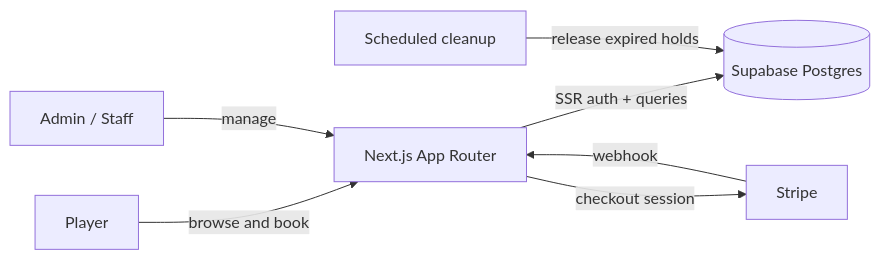
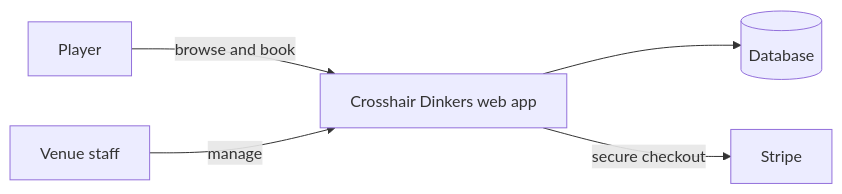
The diagram in README.md (Daniel2525-ui/Pickleball-Booking-System), drawn with Mermaid before and after one commit. The commit also changed other lines of this file and 1 other file, not shown here.

````diff
--- a/README.md
+++ b/README.md
@@ -63,9 +51,7 @@
 ```mermaid
 flowchart LR
-    P[Player] -->|browse and book| W[Next.js App Router]
-    A[Admin / Staff] -->|manage| W
-    W -->|SSR auth + queries| S[(Supabase Postgres)]
-    W -->|checkout session| ST[Stripe]
-    ST -->|webhook| W
-    C[Scheduled cleanup] -->|release expired holds| S
+    P[Player] -->|browse and book| W[Crosshair Dinkers web app]
+    A[Venue staff] -->|manage| W
+    W --> S[(Database)]
+    W -->|secure checkout| ST[Stripe]
 ```
````
